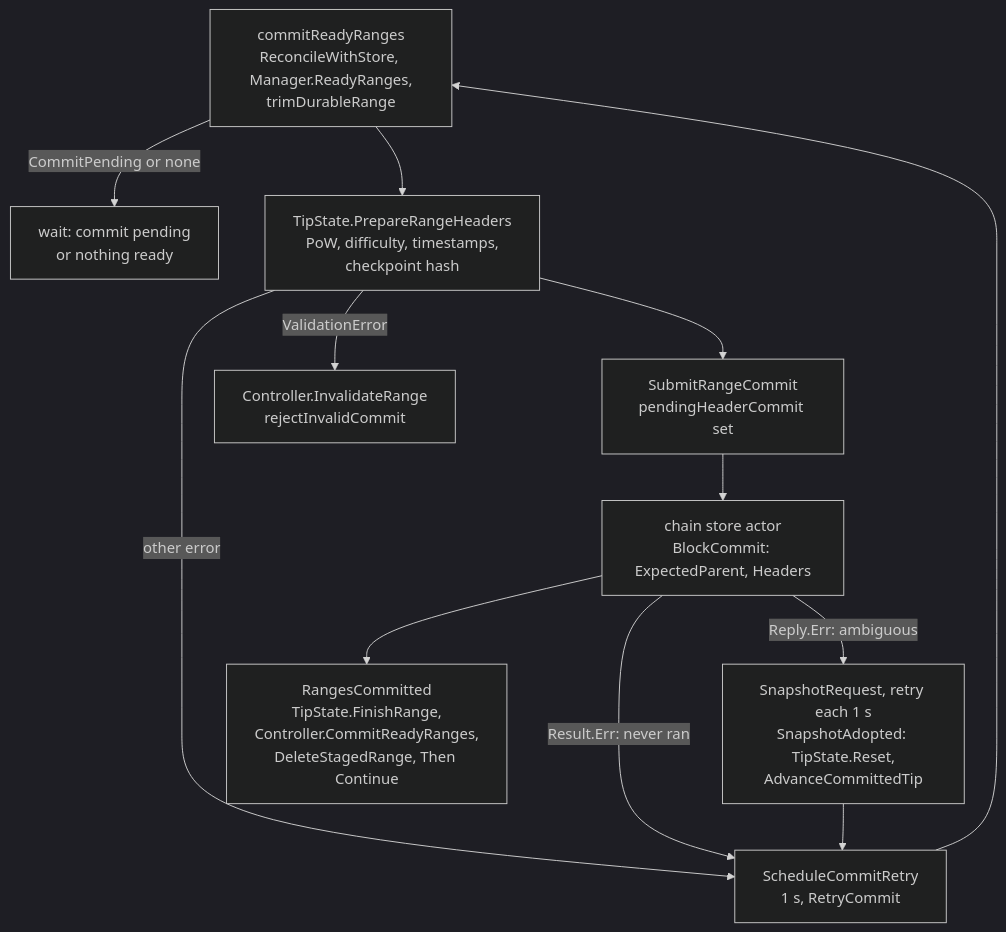
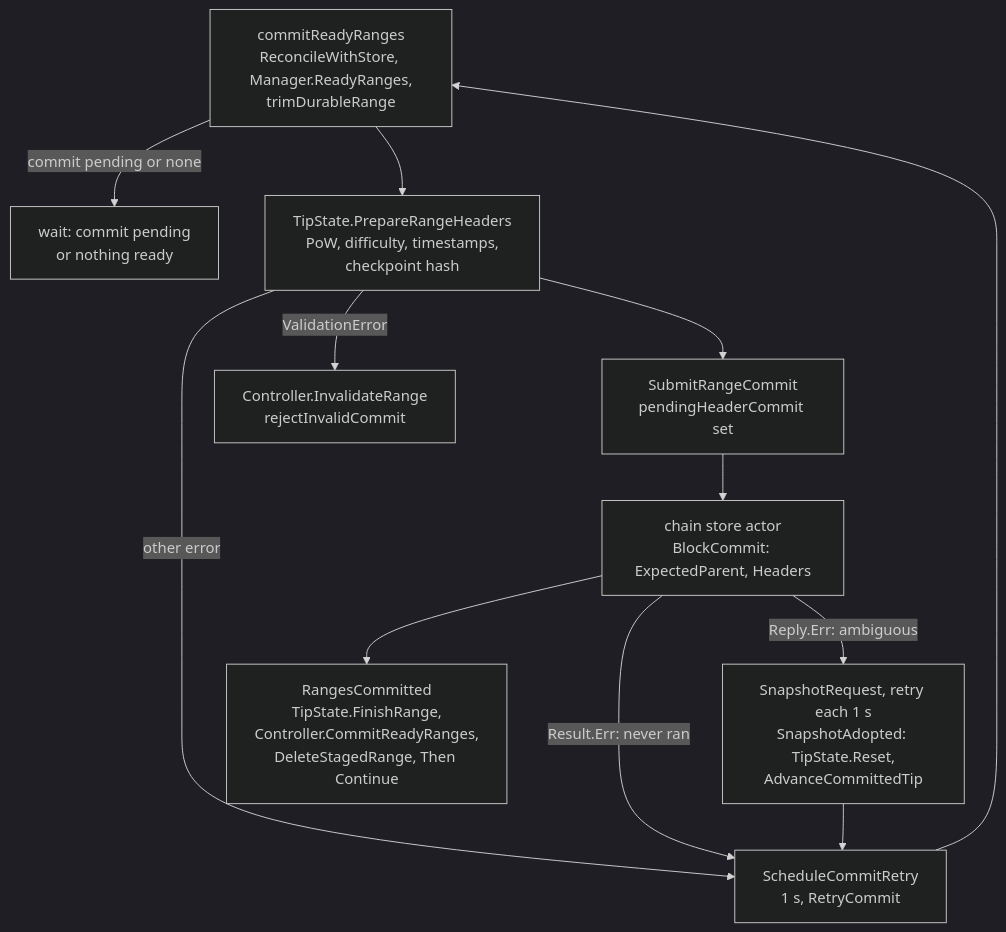
Before and after one commit to lightninglabs/neutrino: the ninth of 10 diagrams in docs/headersync-architecture.md, drawn with Mermaid (dark theme). The commit also changed other lines of this file and 16 other files, not shown here.

````diff
--- a/docs/headersync-architecture.md
+++ b/docs/headersync-architecture.md
@@ -558,23 +649,23 @@
 ```mermaid
 flowchart TB
     ready["commitReadyRanges<br/>ReconcileWithStore, Manager.ReadyRanges,<br/>trimDurableRange"]
     wait["wait: commit pending<br/>or nothing ready"]
     prep["TipState.PrepareRangeHeaders<br/>PoW, difficulty, timestamps,<br/>checkpoint hash"]
     submit["SubmitRangeCommit<br/>pendingHeaderCommit set"]
     inval["Controller.InvalidateRange<br/>rejectInvalidCommit"]
     retry["ScheduleCommitRetry<br/>1 s, RetryCommit"]
     store["chain store actor<br/>BlockCommit: ExpectedParent, Headers"]
     snapshot["SnapshotRequest, retry each 1 s<br/>SnapshotAdopted: TipState.Reset,<br/>AdvanceCommittedTip"]
     landed["RangesCommitted<br/>TipState.FinishRange,<br/>Controller.CommitReadyRanges,<br/>DeleteStagedRange, Then Continue"]
 
-    ready -- "CommitPending or none" --> wait
+    ready -- "commit pending or none" --> wait
     ready --> prep
     prep -- "ValidationError" --> inval
     prep -- "other error" --> retry
     prep --> submit --> store
     store -- "Reply.Err: ambiguous" --> snapshot
     store -- "Result.Err: never ran" --> retry
     store --> landed
     retry --> ready
     snapshot --> retry
 ```
````
